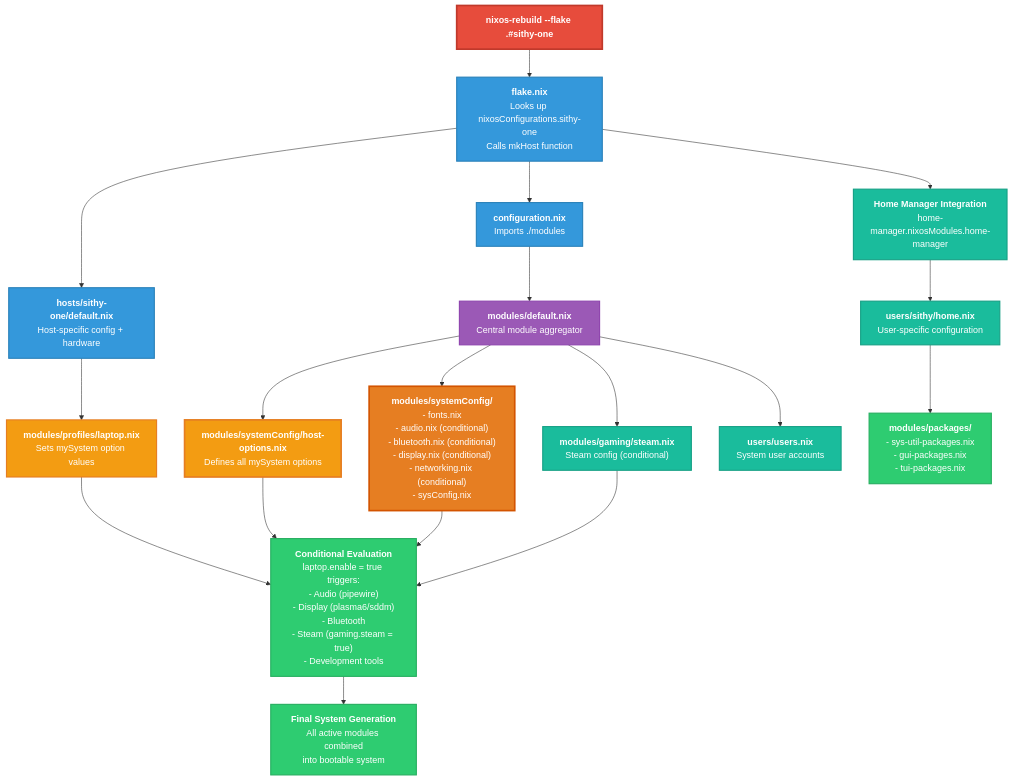
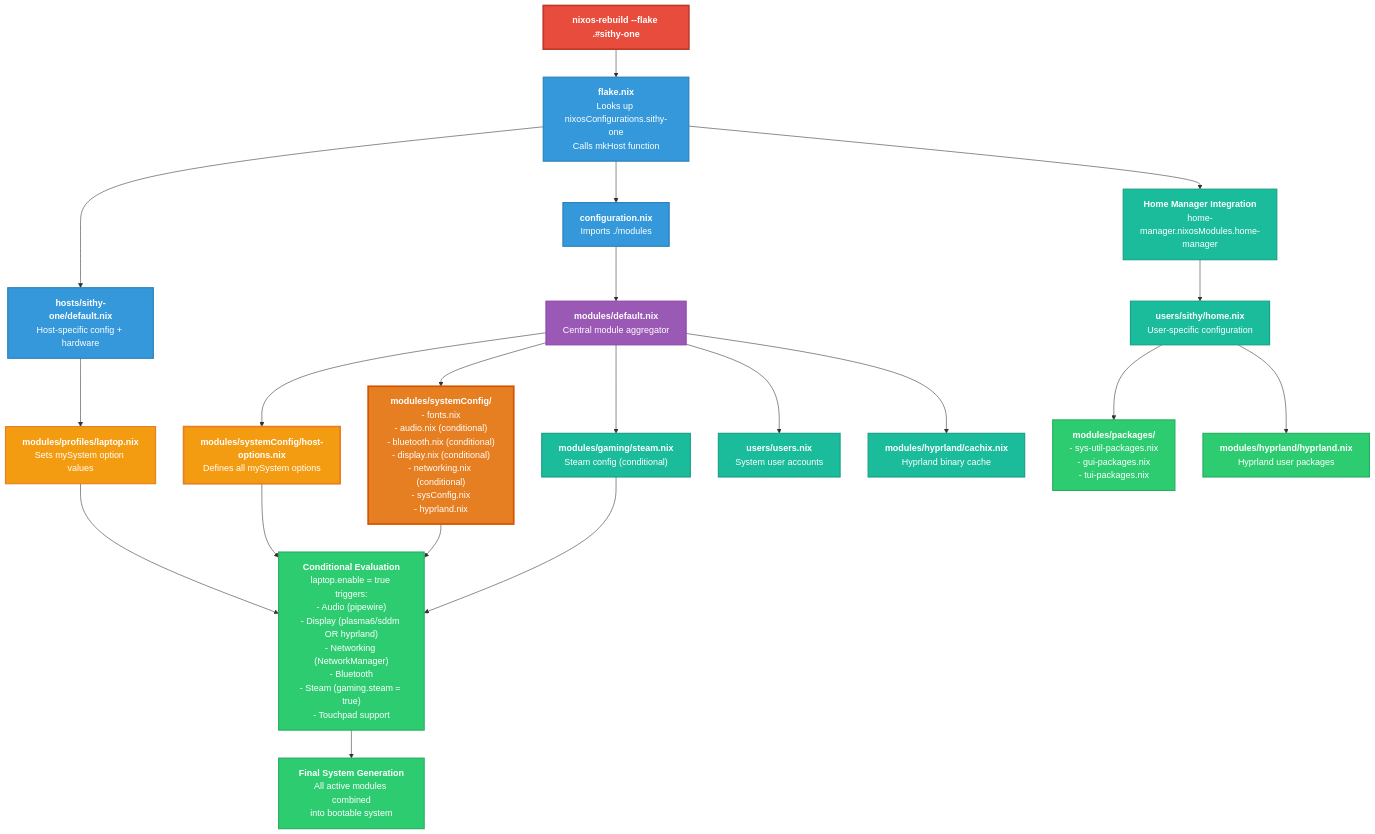
One commit to sithypenguin/nix-config changed the diagram in rebuild-flow.md. Above: the diagram before and after it, drawn with Mermaid.

Commit message:
Edit rebuild flow

````diff
--- a/rebuild-flow.md
+++ b/rebuild-flow.md
@@ -25,13 +25,17 @@
     - bluetooth.nix (conditional)
     - display.nix (conditional)
     - networking.nix (conditional)
-    - sysConfig.nix`"]
+    - sysConfig.nix
+    - hyprland.nix`"]
     
     E --> I["`**modules/gaming/steam.nix**
     Steam config (conditional)`"]
     
     E --> J["`**users/users.nix**
     System user accounts`"]
+    
+    E --> K1["`**modules/hyprland/cachix.nix**
+    Hyprland binary cache`"]
     
     B --> K["`**Home Manager Integration**
     home-manager.nixosModules.home-manager`"]
@@ -44,13 +48,17 @@
     - gui-packages.nix
     - tui-packages.nix`"]
     
+    L --> N1["`**modules/hyprland/hyprland.nix**
+    Hyprland user packages`"]
+    
     F --> N["`**Conditional Evaluation**
     laptop.enable = true triggers:
     - Audio (pipewire)
-    - Display (plasma6/sddm)
+    - Display (plasma6/sddm OR hyprland)
+    - Networking (NetworkManager)
     - Bluetooth
     - Steam (gaming.steam = true)
-    - Development tools`"]
+    - Touchpad support`"]
     
     G --> N
     H --> N
@@ -72,9 +80,11 @@
     style I fill:#1abc9c,stroke:#16a085,stroke-width:2px,color:#fff
     style J fill:#1abc9c,stroke:#16a085,stroke-width:2px,color:#fff
     style K fill:#1abc9c,stroke:#16a085,stroke-width:2px,color:#fff
+    style K1 fill:#1abc9c,stroke:#16a085,stroke-width:2px,color:#fff
     style L fill:#1abc9c,stroke:#16a085,stroke-width:2px,color:#fff
     style M fill:#2ecc71,stroke:#27ae60,stroke-width:2px,color:#fff
     style N fill:#2ecc71,stroke:#27ae60,stroke-width:2px,color:#fff
+    style N1 fill:#2ecc71,stroke:#27ae60,stroke-width:2px,color:#fff
     style O fill:#2ecc71,stroke:#27ae60,stroke-width:2px,color:#fff
 
 ```
````
